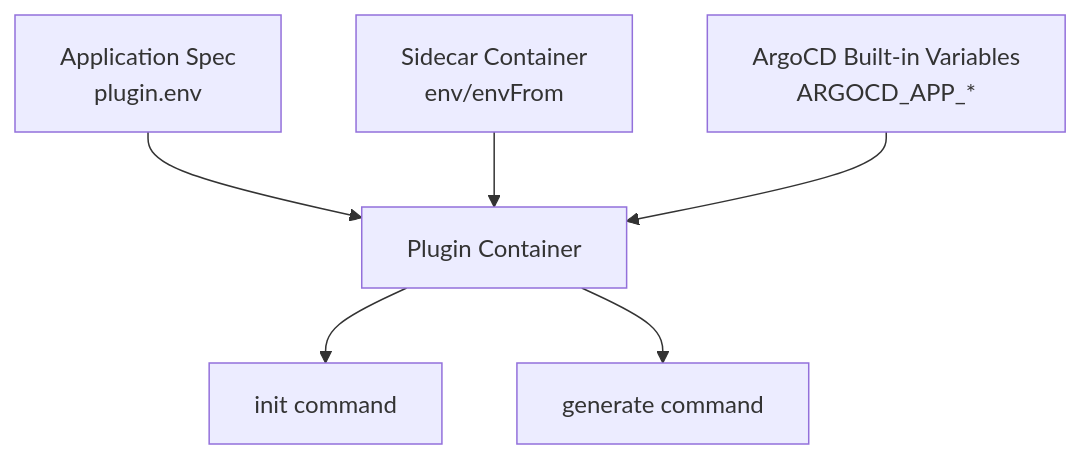
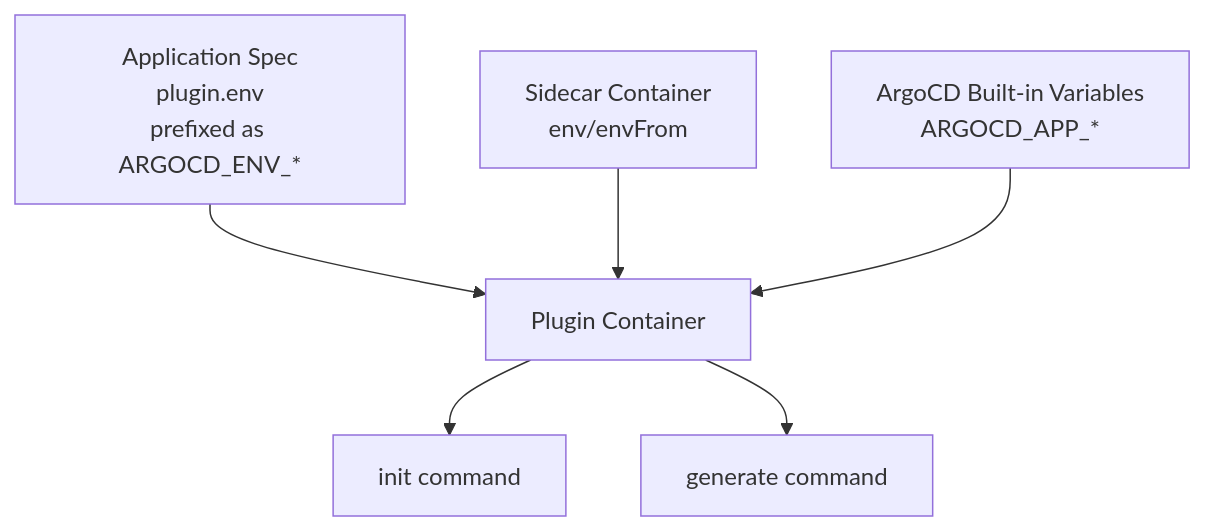
Before and after one commit to OneUptime/blog: the diagram in posts/2026-02-26-argocd-cmp-environment-variables/README.md, drawn with Mermaid. The commit also changed other lines of this file and 2 other files, not shown here.

Commit message:
validate: 2026-02-26-argocd-cmp-environment-variables

````diff
--- a/posts/2026-02-26-argocd-cmp-environment-variables/README.md
+++ b/posts/2026-02-26-argocd-cmp-environment-variables/README.md
@@ -19,8 +19,8 @@
 ```mermaid
 flowchart TD
-    A[Application Spec<br/>plugin.env] --> D[Plugin Container]
+    A[Application Spec<br/>plugin.env<br/>prefixed as ARGOCD_ENV_*] --> D[Plugin Container]
     B[Sidecar Container<br/>env/envFrom] --> D
     C[ArgoCD Built-in Variables<br/>ARGOCD_APP_*] --> D
     D --> E[init command]
     D --> F[generate command]
 ```
````
